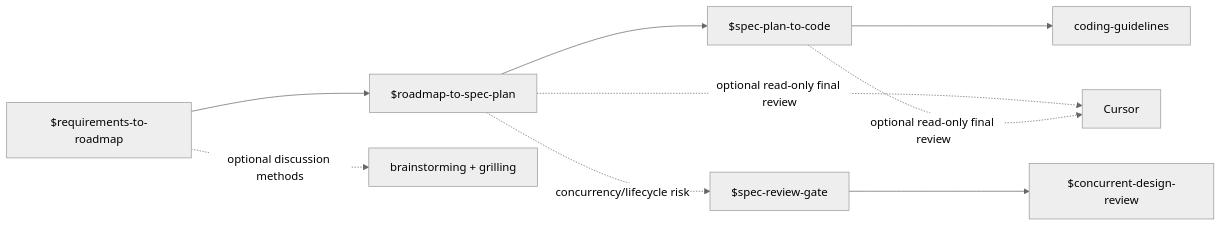
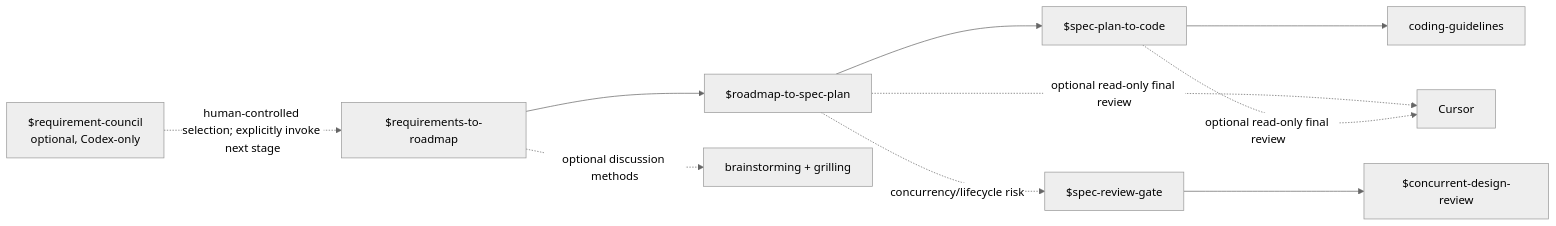
The diagram in README.md (xfni/skills), drawn with Mermaid (neutral theme) before and after one commit. The commit also changed other lines of this file and 8 other files, not shown here.

````diff
--- a/README.md
+++ b/README.md
@@ -11,10 +11,11 @@
 ```mermaid
 flowchart LR
+    RC["$requirement-council<br/>optional, Codex-only"] -. human-controlled selection; explicitly invoke next stage .-> R
     R["$requirements-to-roadmap"] --> S["$roadmap-to-spec-plan"] --> C["$spec-plan-to-code"]
     R -. optional discussion methods .-> B["brainstorming + grilling"]
     S -. concurrency/lifecycle risk .-> G["$spec-review-gate"]
     G --> D["$concurrent-design-review"]
     C --> CG["coding-guidelines"]
     S -. optional read-only final review .-> CU["Cursor"]
     C -. optional read-only final review .-> CU
 ```
````
